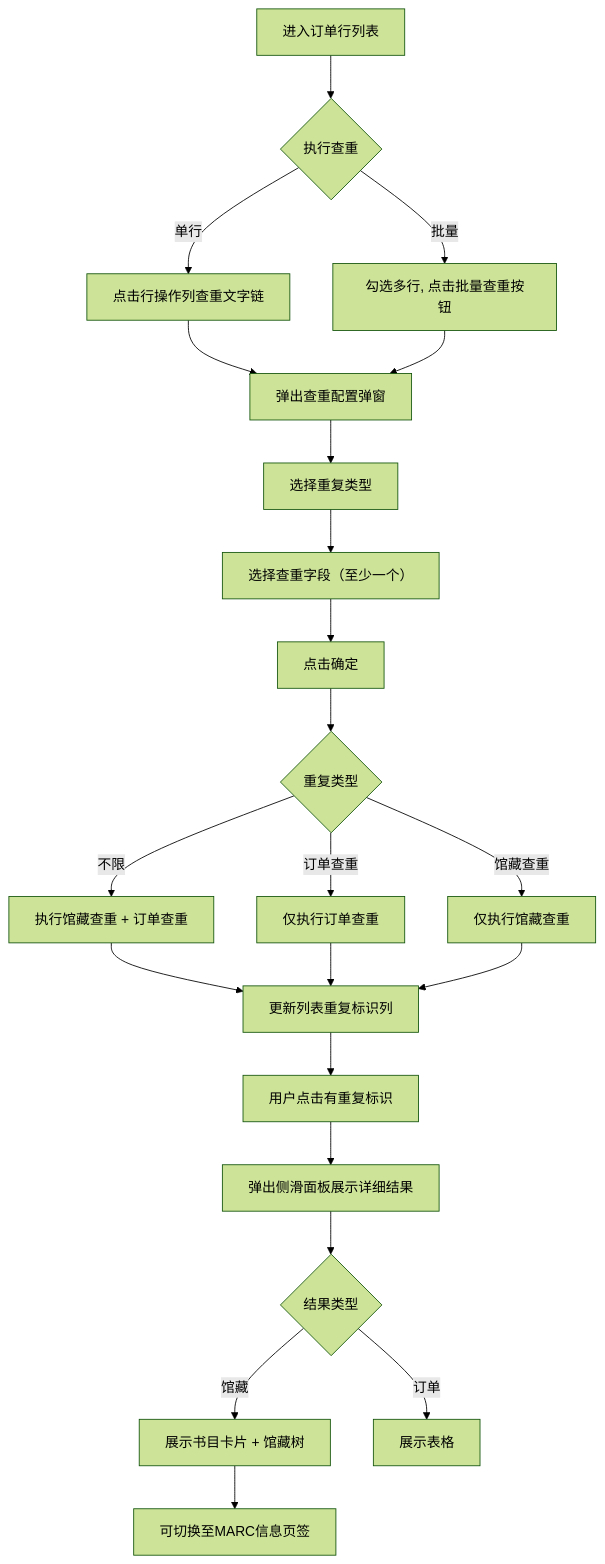
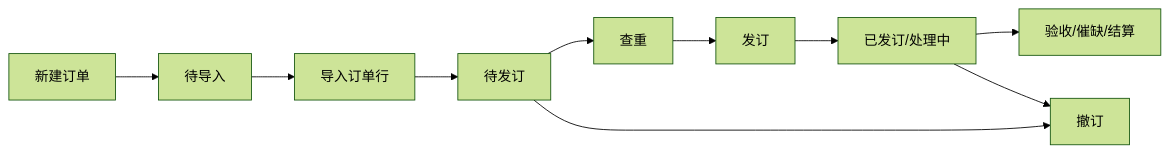
The diagram in docs/prd.md (yxw7/orderM), drawn with Mermaid (forest theme) before and after one commit. The commit also changed other lines of this file and 428 other files, not shown here.

````diff
--- a/docs/prd.md
+++ b/docs/prd.md
@@ -115,24 +106,12 @@
 ```mermaid
-flowchart TD
-    A[进入订单行列表] --> B{执行查重}
-    B -->|单行| C[点击行操作列查重文字链]
-    B -->|批量| D[勾选多行, 点击批量查重按钮]
-    C --> E[弹出查重配置弹窗]
-    D --> E
-    E --> F[选择重复类型]
-    F --> G[选择查重字段（至少一个）]
-    G --> H[点击确定]
-    H --> I{重复类型}
-    I -->|不限| J[执行馆藏查重 + 订单查重]
-    I -->|订单查重| K[仅执行订单查重]
-    I -->|馆藏查重| L[仅执行馆藏查重]
-    J --> M[更新列表重复标识列]
-    K --> M
-    L --> M
-    M --> N[用户点击有重复标识]
-    N --> O[弹出侧滑面板展示详细结果]
-    O --> P{结果类型}
-    P -->|馆藏| Q[展示书目卡片 + 馆藏树]
-    Q --> R[可切换至MARC信息页签]
-    P -->|订单| S[展示表格]
+flowchart LR
+    A[新建订单] --> B[待导入]
+    B --> C[导入订单行]
+    C --> D[待发订]
+    D --> E[查重]
+    E --> F[发订]
+    F --> G[已发订/处理中]
+    G --> H[验收/催缺/结算]
+    D --> I[撤订]
+    G --> I
 ```
````
